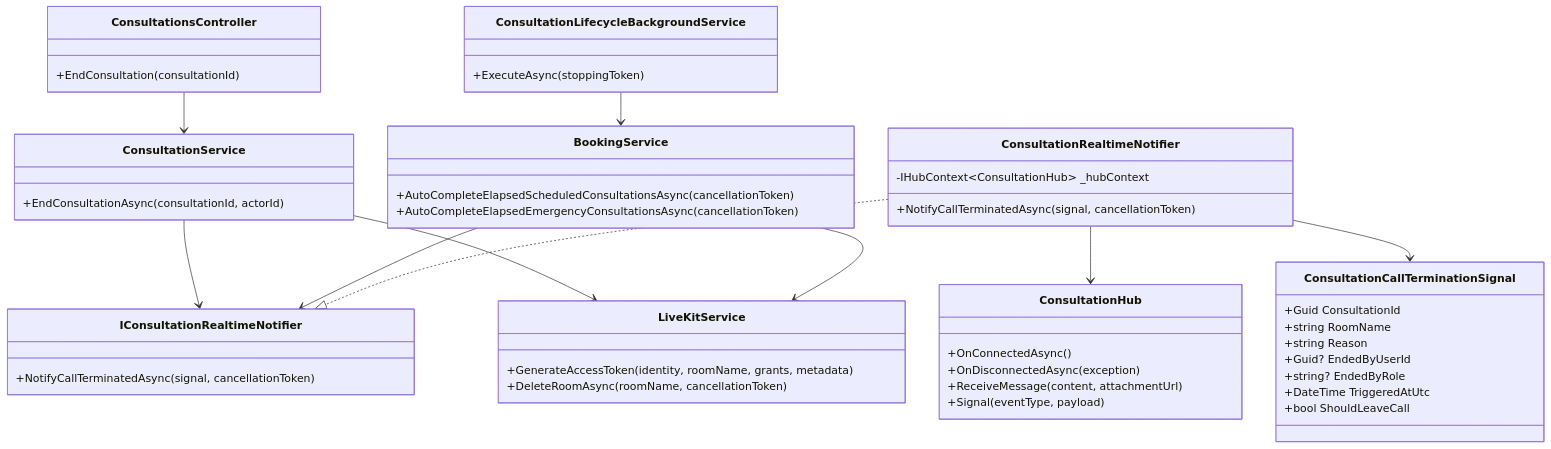
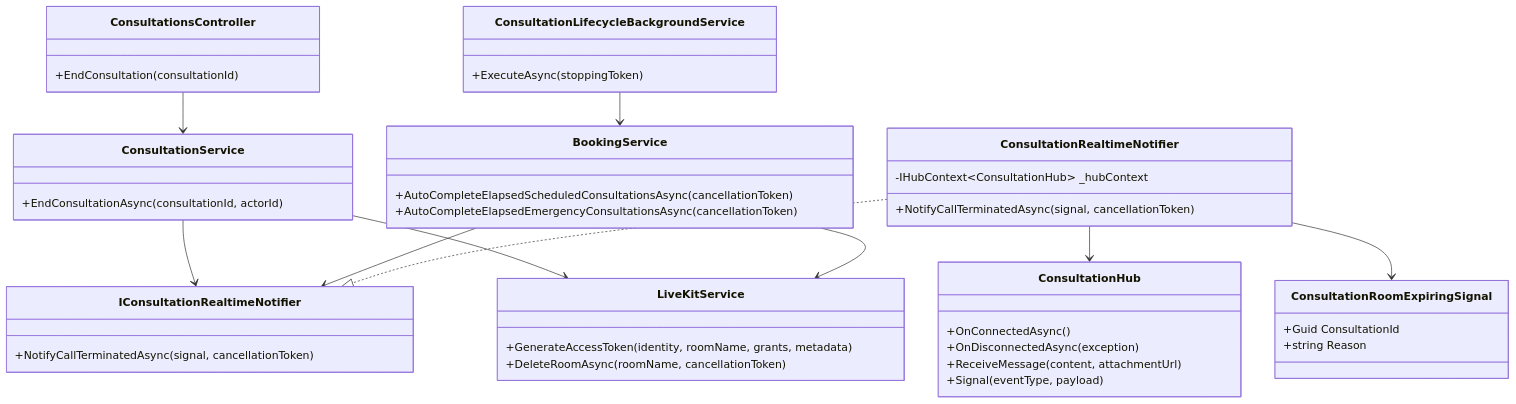
One commit to Snake-AID/SnakeAid.Docs changed the first of 3 diagrams in Docs/05-Backend/02-layers/consultation-endcall-signalr/consultation-endcall-signalr.sourcecode.md. Above: the diagram before and after it, drawn with Mermaid. The commit also changed other lines of this file and 3 other files, not shown here.

First line of the commit message:
docs(consultation-endcall-signalr): standardize on RoomExpiring as endcall trigger

````diff
--- a/Docs/05-Backend/02-layers/consultation-endcall-signalr/consultation-endcall-signalr.sourcecode.md
+++ b/Docs/05-Backend/02-layers/consultation-endcall-signalr/consultation-endcall-signalr.sourcecode.md
@@ -72,60 +66,55 @@
 ```mermaid
 classDiagram
     class ConsultationsController {
         +EndConsultation(consultationId)
     }
 
     class ConsultationService {
         +EndConsultationAsync(consultationId, actorId)
     }
 
     class ConsultationLifecycleBackgroundService {
         +ExecuteAsync(stoppingToken)
     }
 
     class BookingService {
         +AutoCompleteElapsedScheduledConsultationsAsync(cancellationToken)
         +AutoCompleteElapsedEmergencyConsultationsAsync(cancellationToken)
     }
 
     class ConsultationHub {
         +OnConnectedAsync()
         +OnDisconnectedAsync(exception)
         +ReceiveMessage(content, attachmentUrl)
         +Signal(eventType, payload)
     }
 
     class LiveKitService {
         +GenerateAccessToken(identity, roomName, grants, metadata)
         +DeleteRoomAsync(roomName, cancellationToken)
     }
 
     class IConsultationRealtimeNotifier {
         +NotifyCallTerminatedAsync(signal, cancellationToken)
     }
 
     class ConsultationRealtimeNotifier {
         -IHubContext~ConsultationHub~ _hubContext
         +NotifyCallTerminatedAsync(signal, cancellationToken)
     }
 
-    class ConsultationCallTerminationSignal {
+    class ConsultationRoomExpiringSignal {
         +Guid ConsultationId
-        +string RoomName
         +string Reason
-        +Guid? EndedByUserId
-        +string? EndedByRole
-        +DateTime TriggeredAtUtc
-        +bool ShouldLeaveCall
     }
 
     ConsultationsController --> ConsultationService
     ConsultationLifecycleBackgroundService --> BookingService
     ConsultationService --> IConsultationRealtimeNotifier
     BookingService --> IConsultationRealtimeNotifier
     ConsultationService --> LiveKitService
     BookingService --> LiveKitService
     ConsultationRealtimeNotifier ..|> IConsultationRealtimeNotifier
     ConsultationRealtimeNotifier --> ConsultationHub
-    ConsultationRealtimeNotifier --> ConsultationCallTerminationSignal
+    ConsultationRealtimeNotifier --> ConsultationRoomExpiringSignal
 ```
````
